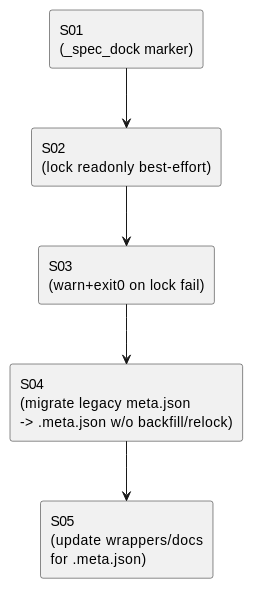
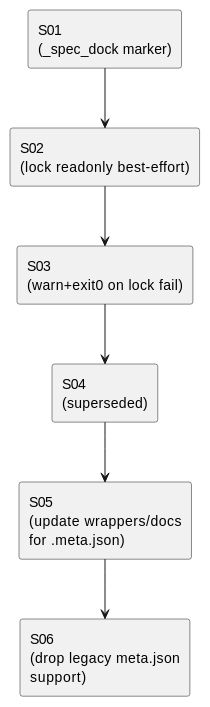
Before and after one commit to chemitaro/spec-dock: the diagram in spec-deps/current/plan.md, drawn with PlantUML. The commit also changed other lines of this file and 6 other files, not shown here.

First line of the commit message:
docs(spec-deps): legacy meta.json廃止を反映

````diff
--- a/spec-deps/current/plan.md
+++ b/spec-deps/current/plan.md
@@ -33,16 +34,18 @@
 ```plantuml
 @startuml
 skinparam shadowing false
 
 rectangle "S01\n(_spec_dock marker)" as S01
 rectangle "S02\n(lock readonly best-effort)" as S02
 rectangle "S03\n(warn+exit0 on lock fail)" as S03
-rectangle "S04\n(migrate legacy meta.json\n-> .meta.json w/o backfill/relock)" as S04
+rectangle "S04\n(superseded)" as S04
 rectangle "S05\n(update wrappers/docs\nfor .meta.json)" as S05
+rectangle "S06\n(drop legacy meta.json\nsupport)" as S06
 
 S01 --> S02
 S02 --> S03
 S03 --> S04
 S04 --> S05
+S05 --> S06
 @enduml
 ```
````
